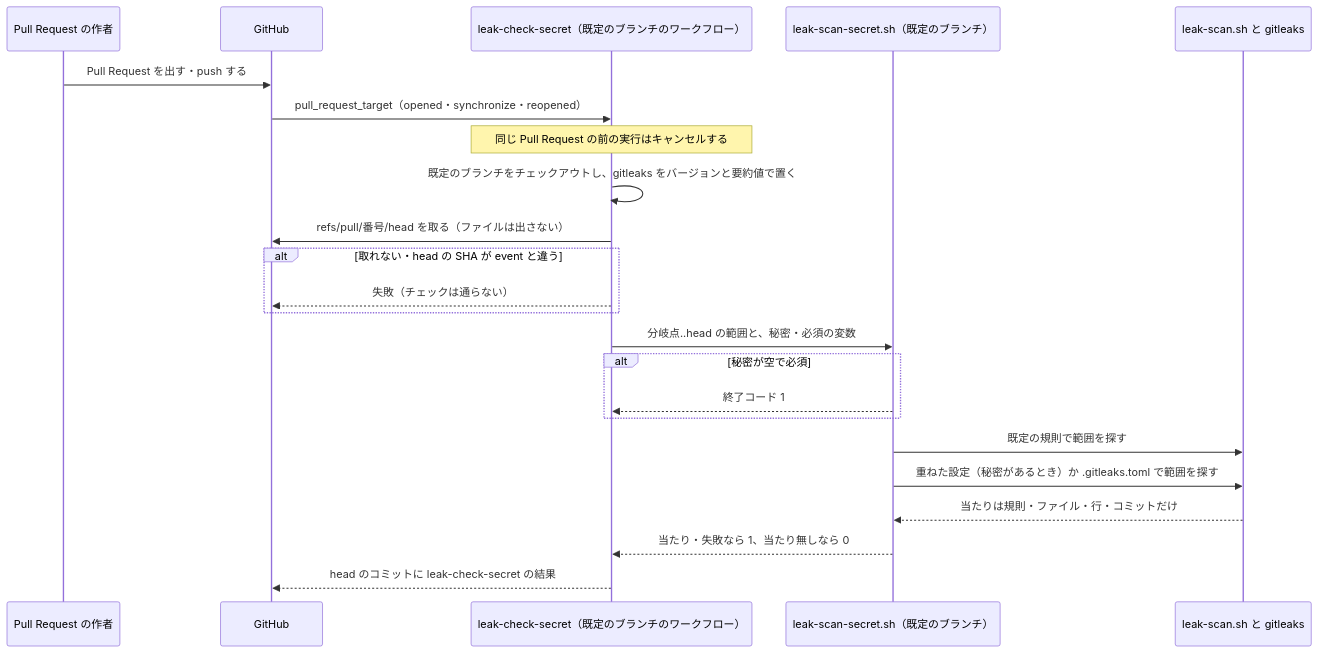
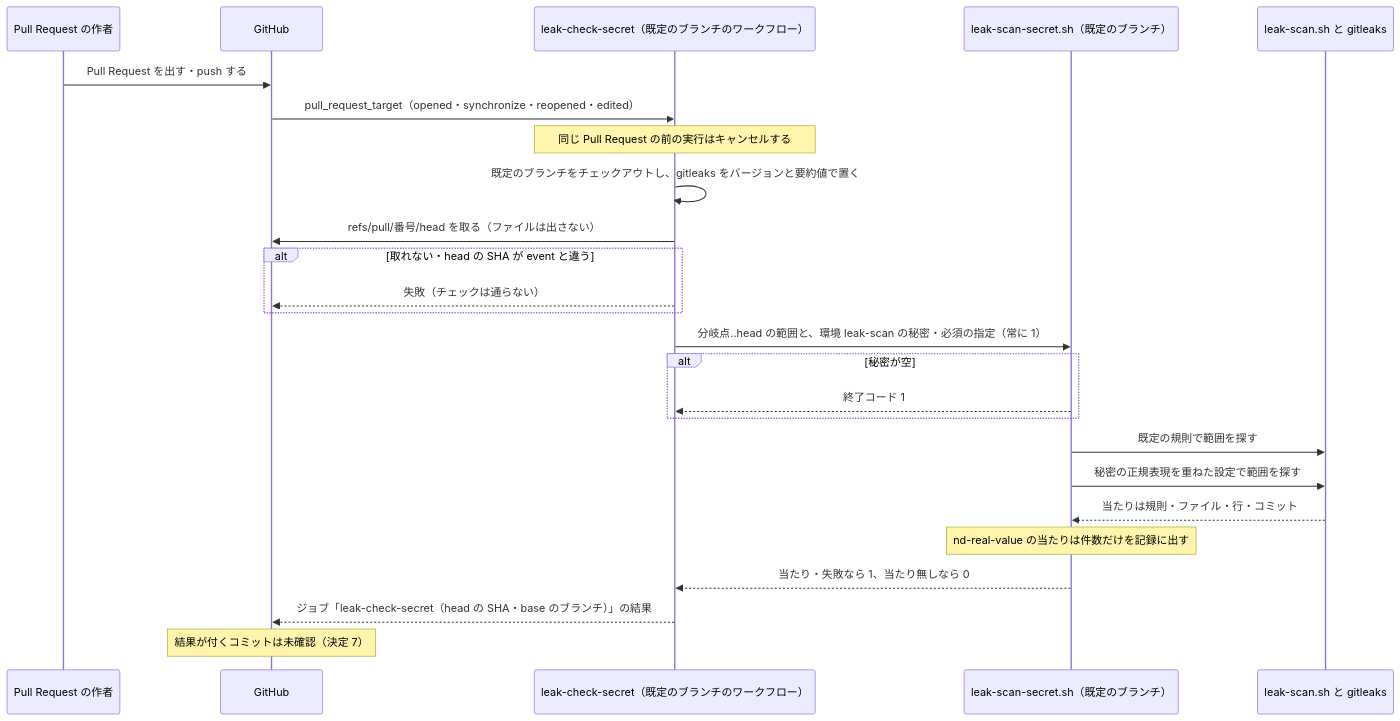
The fourth of 4 diagrams in issues/issue-96-101-design.md (devbasex/nd-factory), drawn with Mermaid before and after one commit. The commit also changed other lines of this file, not shown here.

````diff
--- a/issues/issue-96-101-design.md
+++ b/issues/issue-96-101-design.md
@@ -127,25 +133,27 @@
 ```mermaid
 sequenceDiagram
     participant A as Pull Request の作者
     participant G as GitHub
     participant J as leak-check-secret（既定のブランチのワークフロー）
     participant S as leak-scan-secret.sh（既定のブランチ）
     participant L as leak-scan.sh と gitleaks
     A->>G: Pull Request を出す・push する
-    G->>J: pull_request_target（opened・synchronize・reopened）
+    G->>J: pull_request_target（opened・synchronize・reopened・edited）
     Note over J: 同じ Pull Request の前の実行はキャンセルする
     J->>J: 既定のブランチをチェックアウトし、gitleaks をバージョンと要約値で置く
     J->>G: refs/pull/番号/head を取る（ファイルは出さない）
     alt 取れない・head の SHA が event と違う
         J-->>G: 失敗（チェックは通らない）
     end
-    J->>S: 分岐点..head の範囲と、秘密・必須の変数
-    alt 秘密が空で必須
+    J->>S: 分岐点..head の範囲と、環境 leak-scan の秘密・必須の指定（常に 1）
+    alt 秘密が空
         S-->>J: 終了コード 1
     end
     S->>L: 既定の規則で範囲を探す
-    S->>L: 重ねた設定（秘密があるとき）か .gitleaks.toml で範囲を探す
-    L-->>S: 当たりは規則・ファイル・行・コミットだけ
+    S->>L: 秘密の正規表現を重ねた設定で範囲を探す
+    L-->>S: 当たりは規則・ファイル・行・コミット
+    Note over S: nd-real-value の当たりは件数だけを記録に出す
     S-->>J: 当たり・失敗なら 1、当たり無しなら 0
-    J-->>G: head のコミットに leak-check-secret の結果
+    J-->>G: ジョブ「leak-check-secret（head の SHA・base のブランチ）」の結果
+    Note over G: 結果が付くコミットは未確認（決定 7）
 ```
````
